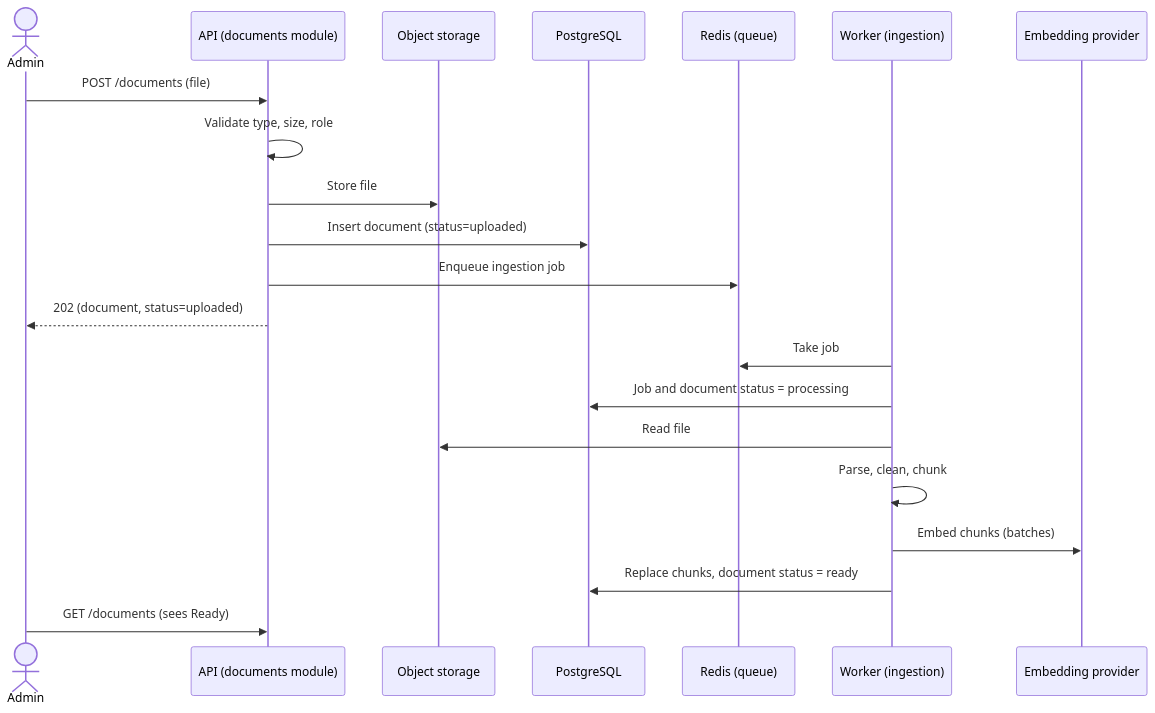
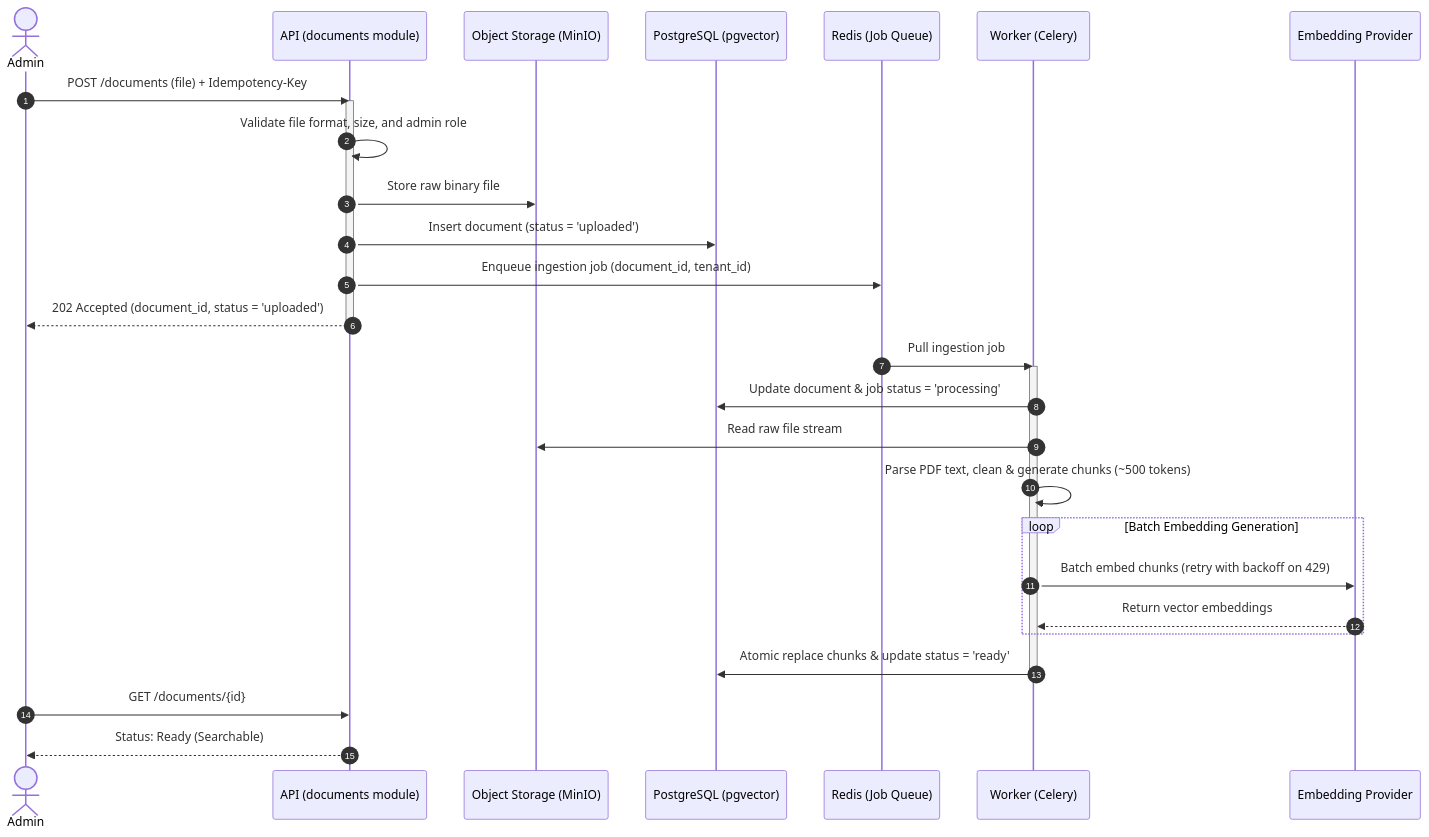
The second of 5 diagrams in docs/System Design/09-key-flows.md (awoladhossain/OpsPilot), drawn with Mermaid before and after one commit. The commit also changed other lines of this file, not shown here.

Commit message:
docs(flows): add master orchestration map and enhance sequence diagrams with activation blocks in key flows doc

````diff
--- a/docs/System Design/09-key-flows.md
+++ b/docs/System Design/09-key-flows.md
@@ -9,24 +40,37 @@
 ```mermaid
 sequenceDiagram
-  actor Admin
-  participant API as API (documents module)
-  participant S3 as Object storage
-  participant DB as PostgreSQL
-  participant Q as Redis (queue)
-  participant W as Worker (ingestion)
-  participant E as Embedding provider
+    autonumber
+    actor Admin
+    participant API as API (documents module)
+    participant S3 as Object Storage (MinIO)
+    participant DB as PostgreSQL (pgvector)
+    participant Q as Redis (Job Queue)
+    participant W as Worker (Celery)
+    participant E as Embedding Provider
 
-  Admin->>API: POST /documents (file)
-  API->>API: Validate type, size, role
-  API->>S3: Store file
-  API->>DB: Insert document (status=uploaded)
-  API->>Q: Enqueue ingestion job
-  API-->>Admin: 202 (document, status=uploaded)
-  W->>Q: Take job
-  W->>DB: Job and document status = processing
-  W->>S3: Read file
-  W->>W: Parse, clean, chunk
-  W->>E: Embed chunks (batches)
-  W->>DB: Replace chunks, document status = ready
-  Admin->>API: GET /documents (sees Ready)
+    Admin->>API: POST /documents (file) + Idempotency-Key
+    activate API
+    API->>API: Validate file format, size, and admin role
+    API->>S3: Store raw binary file
+    API->>DB: Insert document (status = 'uploaded')
+    API->>Q: Enqueue ingestion job (document_id, tenant_id)
+    API-->>Admin: 202 Accepted (document_id, status = 'uploaded')
+    deactivate API
+
+    Q->>W: Pull ingestion job
+    activate W
+    W->>DB: Update document & job status = 'processing'
+    W->>S3: Read raw file stream
+    W->>W: Parse PDF text, clean & generate chunks (~500 tokens)
+    
+    loop Batch Embedding Generation
+        W->>E: Batch embed chunks (retry with backoff on 429)
+        E-->>W: Return vector embeddings
+    end
+
+    W->>DB: Atomic replace chunks & update status = 'ready'
+    deactivate W
+
+    Admin->>API: GET /documents/{id}
+    API-->>Admin: Status: Ready (Searchable)
 ```
````
